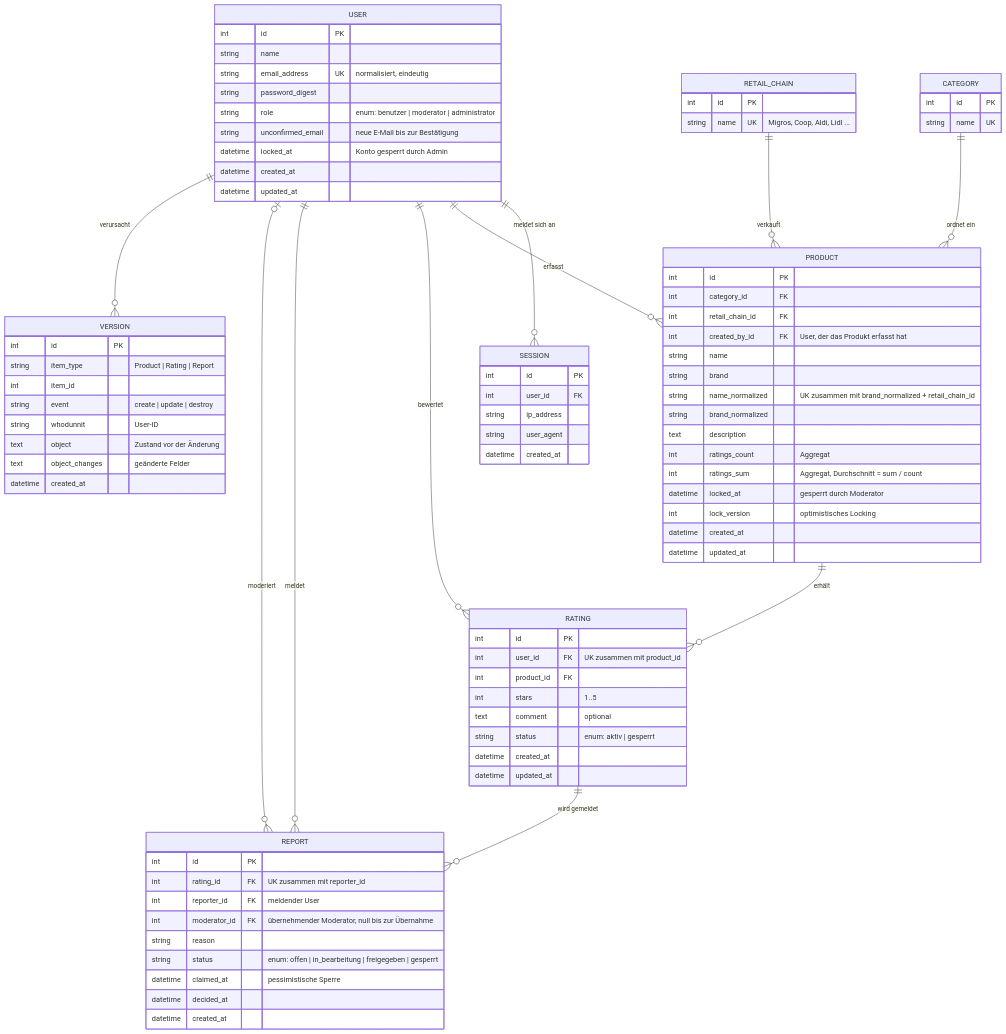
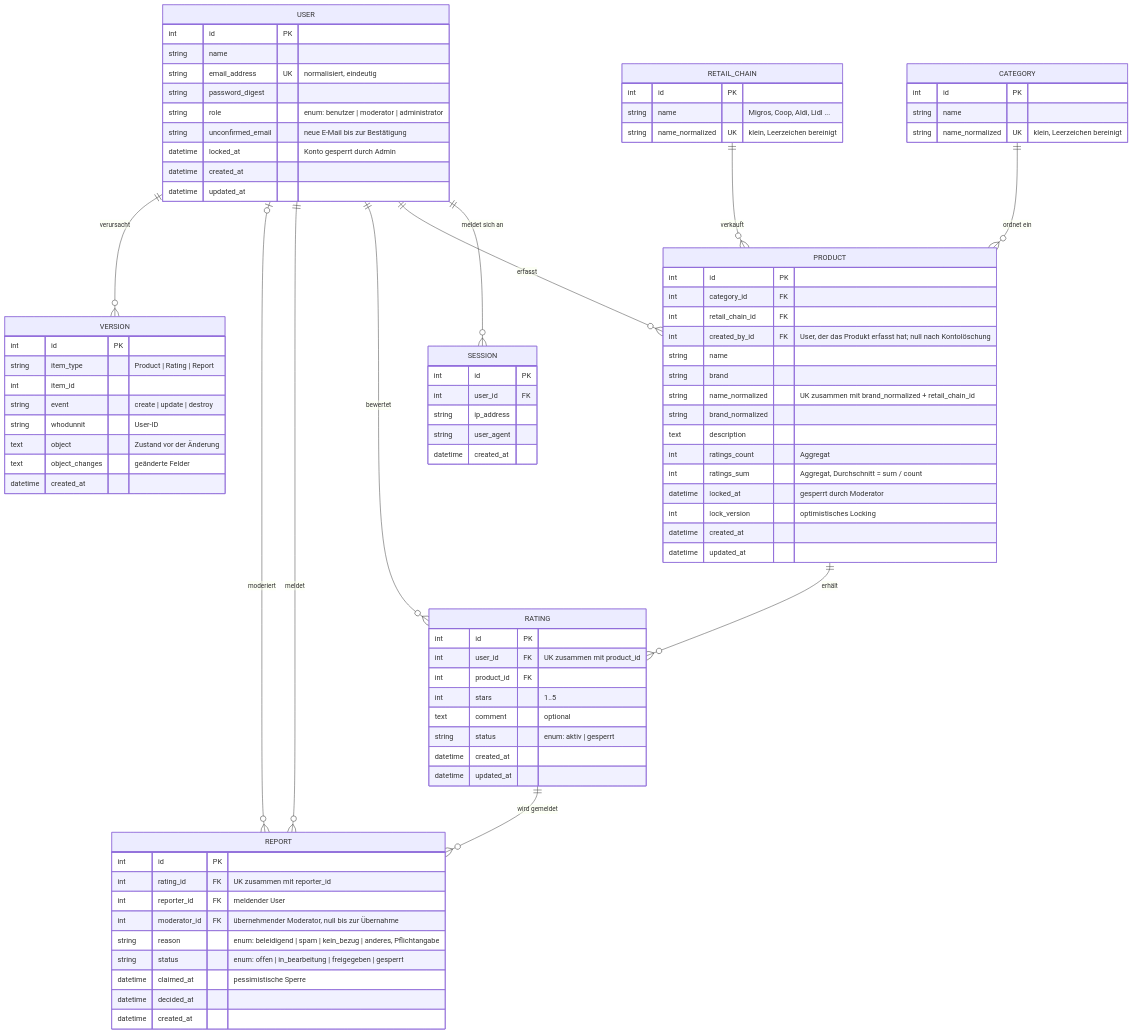
One commit to bawan-code/m223 changed the diagram in docs/projektantrag.md. Above: the diagram before and after it, drawn with Mermaid. The commit also changed other lines of this file and 19 other files, not shown here.

```diff
--- a/docs/projektantrag.md
+++ b/docs/projektantrag.md
@@ -187,19 +187,21 @@
 
     CATEGORY {
         int id PK
-        string name UK
+        string name
+        string name_normalized UK "klein, Leerzeichen bereinigt"
     }
 
     RETAIL_CHAIN {
         int id PK
-        string name UK "Migros, Coop, Aldi, Lidl ..."
+        string name "Migros, Coop, Aldi, Lidl ..."
+        string name_normalized UK "klein, Leerzeichen bereinigt"
     }
 
     PRODUCT {
         int id PK
         int category_id FK
         int retail_chain_id FK
-        int created_by_id FK "User, der das Produkt erfasst hat"
+        int created_by_id FK "User, der das Produkt erfasst hat; null nach Kontolöschung"
         string name
         string brand
         string name_normalized "UK zusammen mit brand_normalized + retail_chain_id"
@@ -229,7 +231,7 @@
         int rating_id FK "UK zusammen mit reporter_id"
         int reporter_id FK "meldender User"
         int moderator_id FK "übernehmender Moderator, null bis zur Übernahme"
-        string reason
+        string reason "enum: beleidigend | spam | kein_bezug | anderes, Pflichtangabe"
         string status "enum: offen | in_bearbeitung | freigegeben | gesperrt"
         datetime claimed_at "pessimistische Sperre"
         datetime decided_at
```
